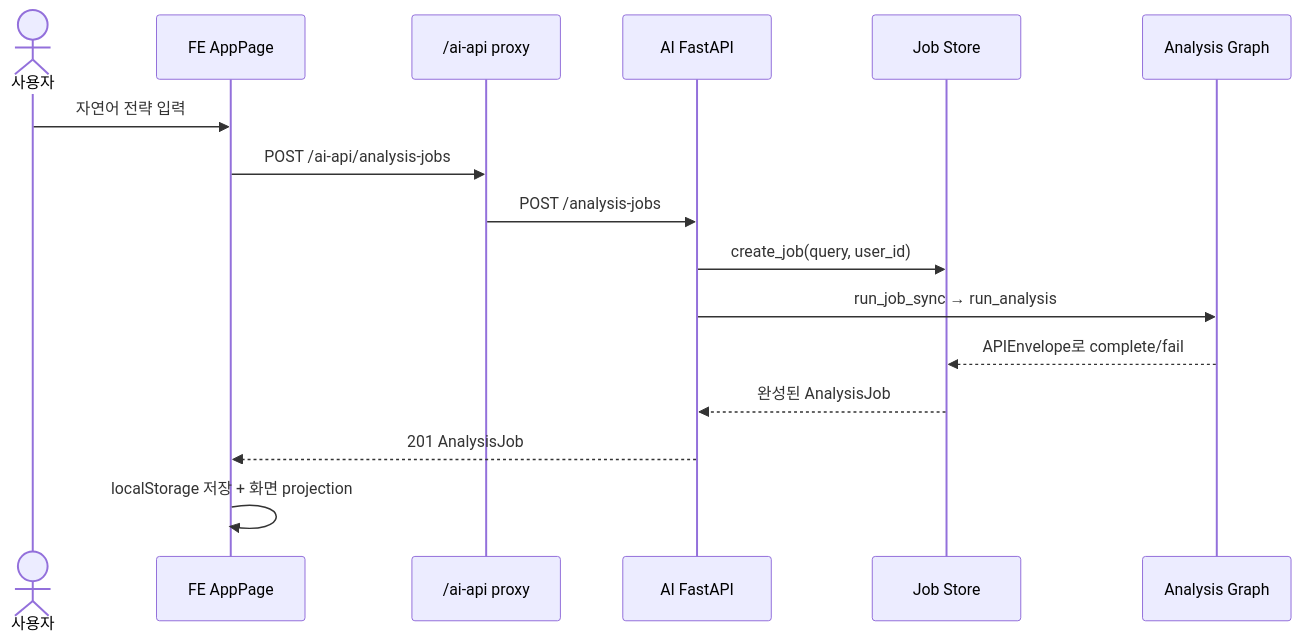
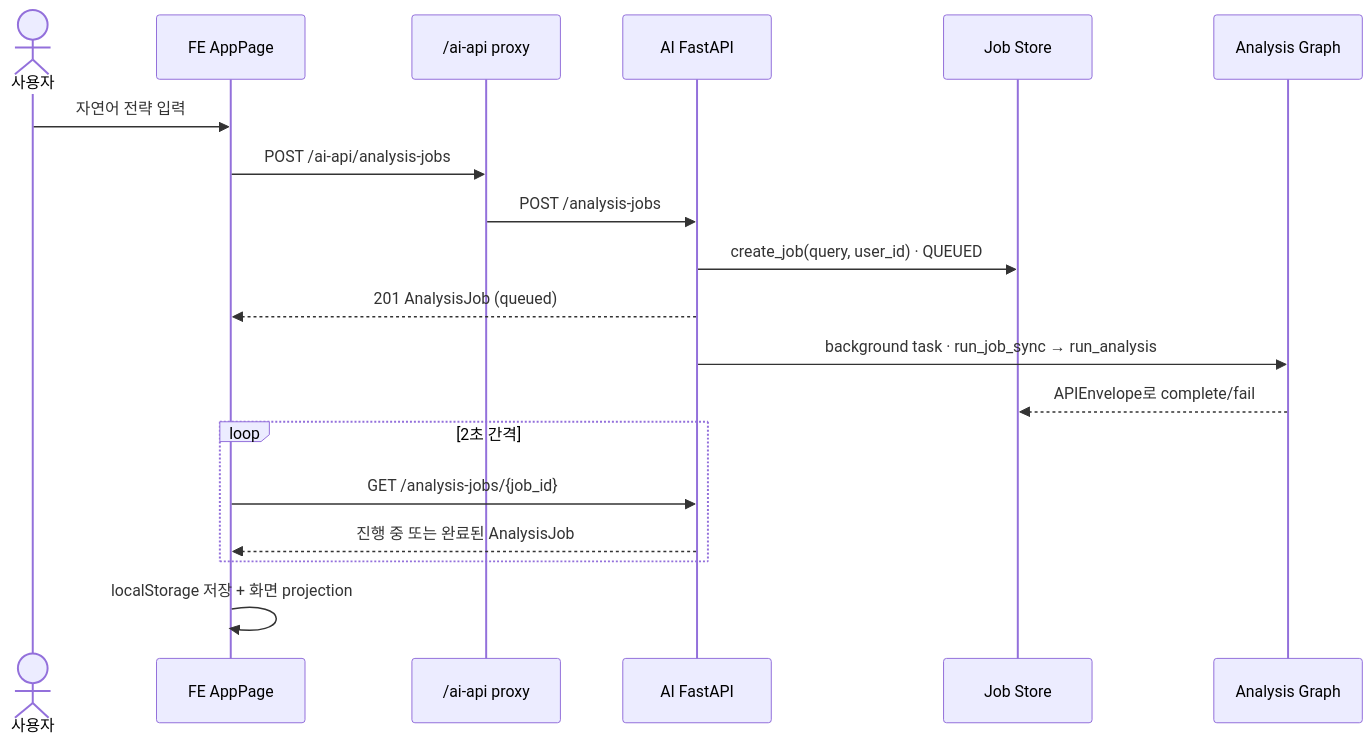
The third of 7 diagrams in docs/PROJECT_FLOW_AND_DEBT_GUIDE.md (yminh0/Quant_agent), drawn with Mermaid before and after one commit. The commit also changed other lines of this file and 15 other files, not shown here.

````diff
--- a/docs/PROJECT_FLOW_AND_DEBT_GUIDE.md
+++ b/docs/PROJECT_FLOW_AND_DEBT_GUIDE.md
@@ -150,19 +152,22 @@
 ```mermaid
 sequenceDiagram
     actor User as 사용자
     participant FE as FE AppPage
     participant Vite as /ai-api proxy
     participant API as AI FastAPI
     participant Store as Job Store
     participant Graph as Analysis Graph
 
     User->>FE: 자연어 전략 입력
     FE->>Vite: POST /ai-api/analysis-jobs
     Vite->>API: POST /analysis-jobs
-    API->>Store: create_job(query, user_id)
-    API->>Graph: run_job_sync → run_analysis
+    API->>Store: create_job(query, user_id) · QUEUED
+    API-->>FE: 201 AnalysisJob (queued)
+    API->>Graph: background task · run_job_sync → run_analysis
     Graph-->>Store: APIEnvelope로 complete/fail
-    Store-->>API: 완성된 AnalysisJob
-    API-->>FE: 201 AnalysisJob
+    loop 2초 간격
+        FE->>API: GET /analysis-jobs/{job_id}
+        API-->>FE: 진행 중 또는 완료된 AnalysisJob
+    end
     FE->>FE: localStorage 저장 + 화면 projection
 ```
````
